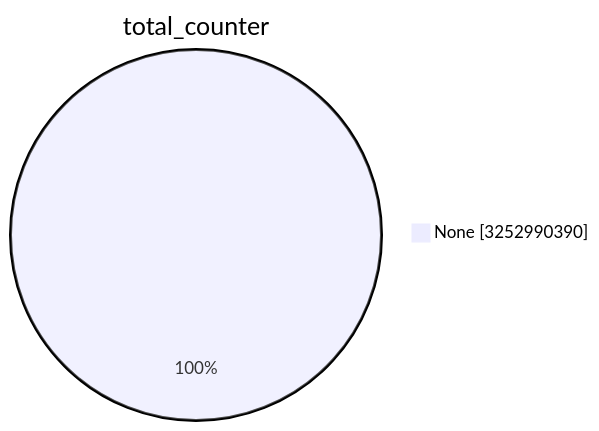
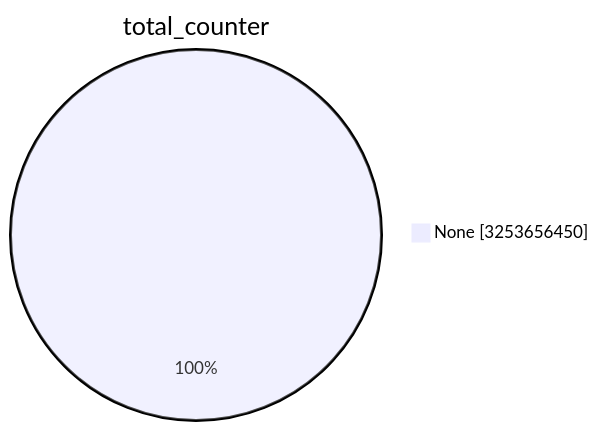
One commit to christiankrug/ctmonitor_visualization changed the first of 15 diagrams in TOTAL/README.md. Above: the diagram before and after it, drawn with Mermaid. The commit also changed other lines of this file, not shown here.

````diff
--- a/TOTAL/README.md
+++ b/TOTAL/README.md
@@ -1,5 +1,5 @@
 ```mermaid
 pie showData
 title total_counter
-"None" :3252990390
+"None" :3253656450
 ```
````
